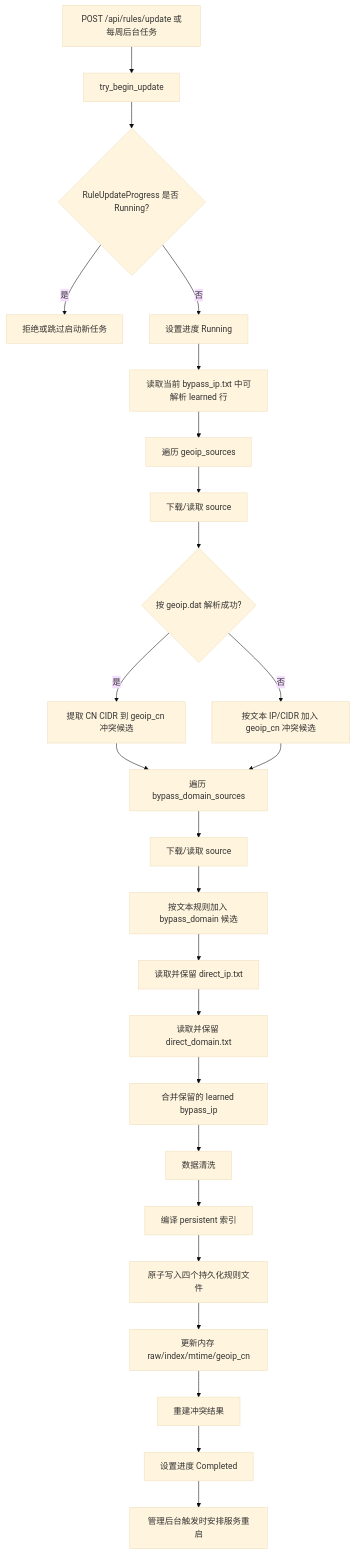
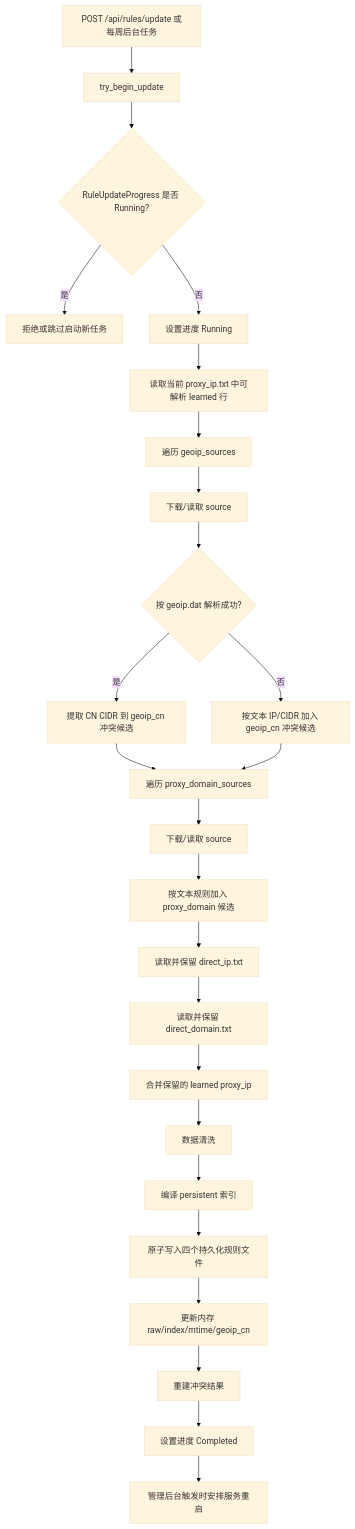
The first of 14 diagrams in routing.md (xiedeacc/shadowsocks-rust), drawn with Mermaid (base theme) before and after one commit. The commit also changed other lines of this file and 3 other files, not shown here.

````diff
--- a/routing.md
+++ b/routing.md
@@ -145,27 +141,27 @@
 ```mermaid
 flowchart TD
     A[POST /api/rules/update 或每周后台任务] --> B[try_begin_update]
     B --> C{RuleUpdateProgress 是否 Running?}
     C -- 是 --> D[拒绝或跳过启动新任务]
     C -- 否 --> E[设置进度 Running]
-    E --> F[读取当前 bypass_ip.txt 中可解析 learned 行]
+    E --> F[读取当前 proxy_ip.txt 中可解析 learned 行]
     F --> G[遍历 geoip_sources]
     G --> H[下载/读取 source]
     H --> I{按 geoip.dat 解析成功?}
     I -- 是 --> J[提取 CN CIDR 到 geoip_cn 冲突候选]
     I -- 否 --> K[按文本 IP/CIDR 加入 geoip_cn 冲突候选]
-    J --> L[遍历 bypass_domain_sources]
+    J --> L[遍历 proxy_domain_sources]
     K --> L
     L --> M[下载/读取 source]
-    M --> N[按文本规则加入 bypass_domain 候选]
+    M --> N[按文本规则加入 proxy_domain 候选]
     N --> O[读取并保留 direct_ip.txt]
     O --> P[读取并保留 direct_domain.txt]
-    P --> Q[合并保留的 learned bypass_ip]
+    P --> Q[合并保留的 learned proxy_ip]
     Q --> S[数据清洗]
     S --> T[编译 persistent 索引]
     T --> U[原子写入四个持久化规则文件]
     U --> V[更新内存 raw/index/mtime/geoip_cn]
     V --> W[重建冲突结果]
     W --> X[设置进度 Completed]
     X --> Y[管理后台触发时安排服务重启]
 ```
````
